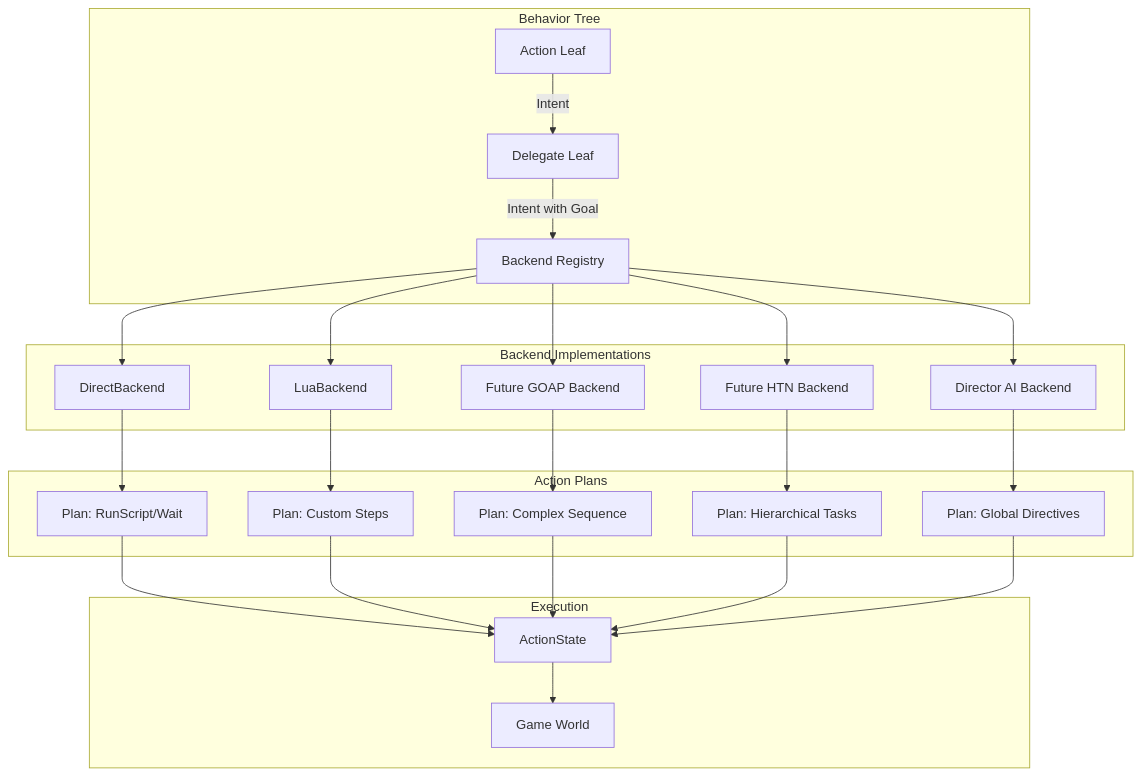
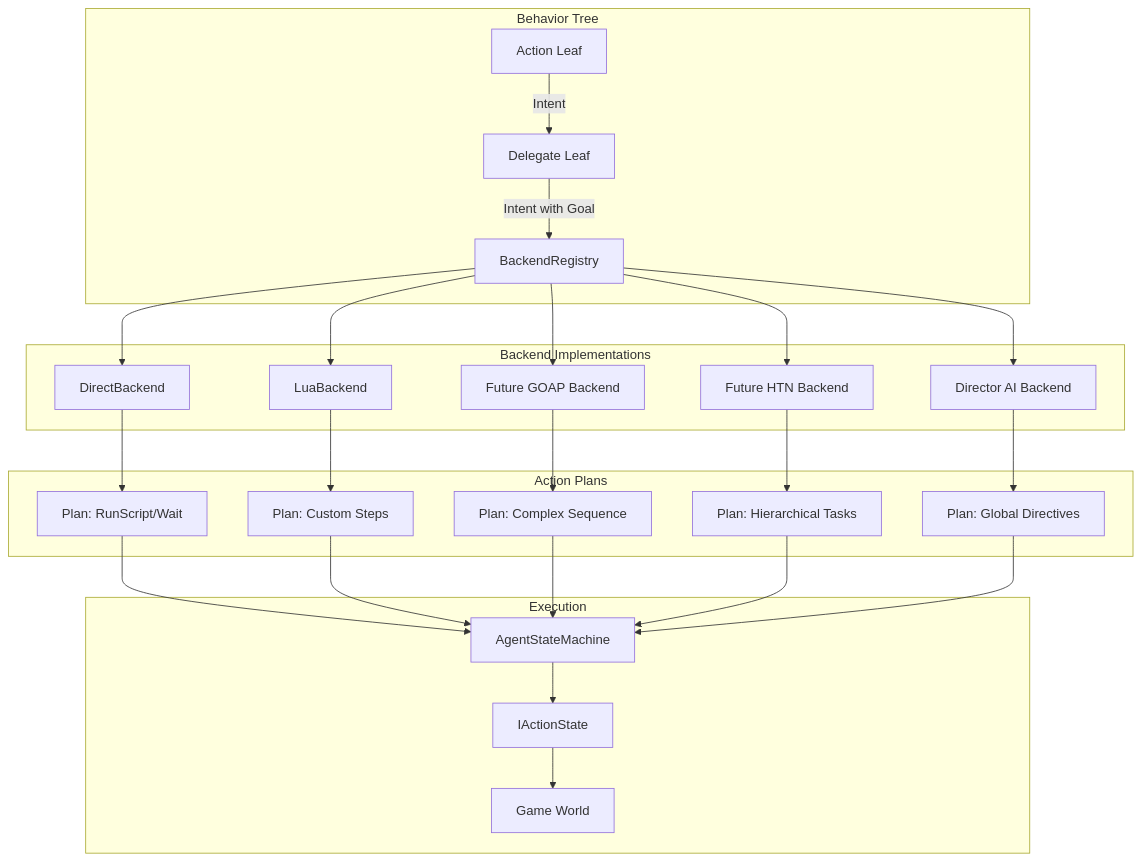
The first of 2 diagrams in Docs/00 - Theory/Backend Abstraction Theory.md (jabbadablack/G.O.A.T), drawn with Mermaid before and after one commit. The commit also changed other lines of this file and 82 other files, not shown here.

````diff
--- a/Docs/00 - Theory/Backend Abstraction Theory.md
+++ b/Docs/00 - Theory/Backend Abstraction Theory.md
@@ -42,32 +51,33 @@
 ```mermaid
 graph TD
     subgraph Tree[Behavior Tree]
         A[Action Leaf] -->|Intent| B[Delegate Leaf]
-        B -->|Intent with Goal| C[Backend Registry]
+        B -->|Intent with Goal| C[BackendRegistry]
     end
 
     subgraph Backends[Backend Implementations]
         C --> D[DirectBackend]
         C --> E[LuaBackend]
         C --> F[Future GOAP Backend]
         C --> G[Future HTN Backend]
         C --> H[Director AI Backend]
     end
 
     subgraph Plans[Action Plans]
         D --> I[Plan: RunScript/Wait]
         E --> J[Plan: Custom Steps]
         F --> K[Plan: Complex Sequence]
         G --> L[Plan: Hierarchical Tasks]
         H --> M[Plan: Global Directives]
     end
 
     subgraph Execution[Execution]
-        I --> N[ActionState]
+        I --> N[AgentStateMachine]
         J --> N
         K --> N
         L --> N
         M --> N
-        N --> O[Game World]
+        N --> O[IActionState]
+        O --> P[Game World]
     end
 ```
````
